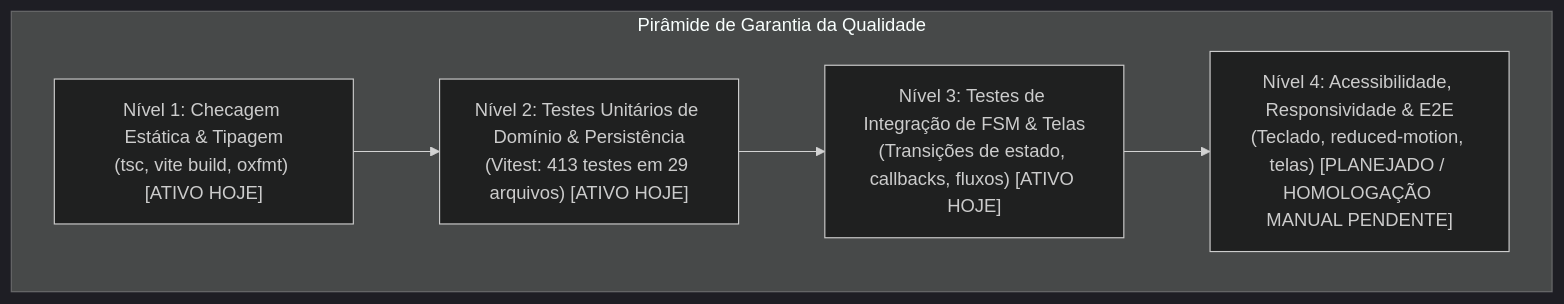
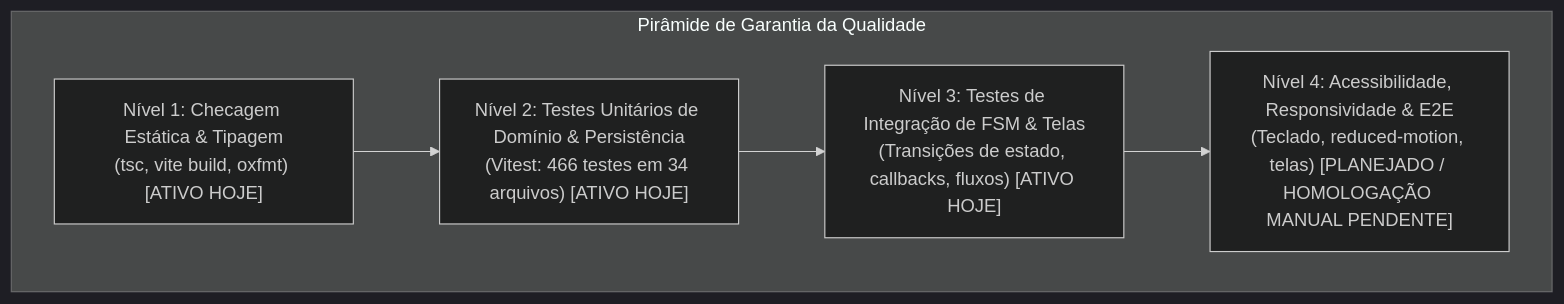
One commit to MarcosV22/ClickOrder changed the diagram in docs/wiki/08-testing-and-quality.md. Above: the diagram before and after it, drawn with Mermaid (dark theme). The commit also changed other lines of this file and 34 other files, not shown here.

````diff
--- a/docs/wiki/08-testing-and-quality.md
+++ b/docs/wiki/08-testing-and-quality.md
@@ -55,13 +61,13 @@
 ```mermaid
 graph TD
     subgraph Piramide_Qualidade ["Pirâmide de Garantia da Qualidade"]
         N1["Nível 1: Checagem Estática & Tipagem\n(tsc, vite build, oxfmt) [ATIVO HOJE]"]
-        N2["Nível 2: Testes Unitários de Domínio & Persistência\n(Vitest: 413 testes em 29 arquivos) [ATIVO HOJE]"]
+        N2["Nível 2: Testes Unitários de Domínio & Persistência\n(Vitest: 466 testes em 34 arquivos) [ATIVO HOJE]"]
         N3["Nível 3: Testes de Integração de FSM & Telas\n(Transições de estado, callbacks, fluxos) [ATIVO HOJE]"]
         N4["Nível 4: Acessibilidade, Responsividade & E2E\n(Teclado, reduced-motion, telas) [PLANEJADO / HOMOLOGAÇÃO MANUAL PENDENTE]"]
 
         N1 --> N2
         N2 --> N3
         N3 --> N4
     end
 ```
````
